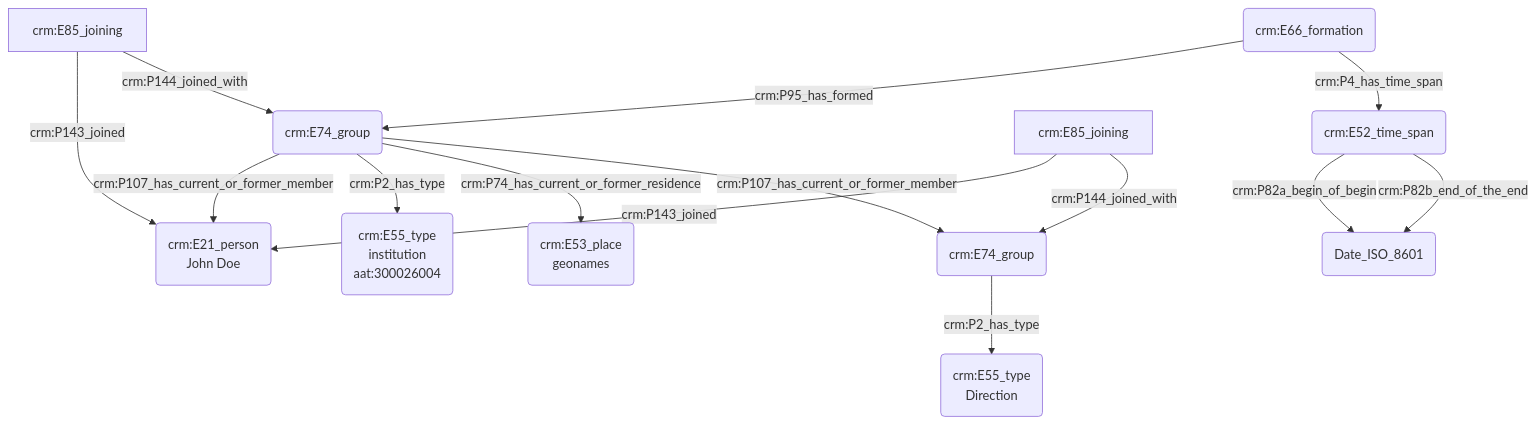
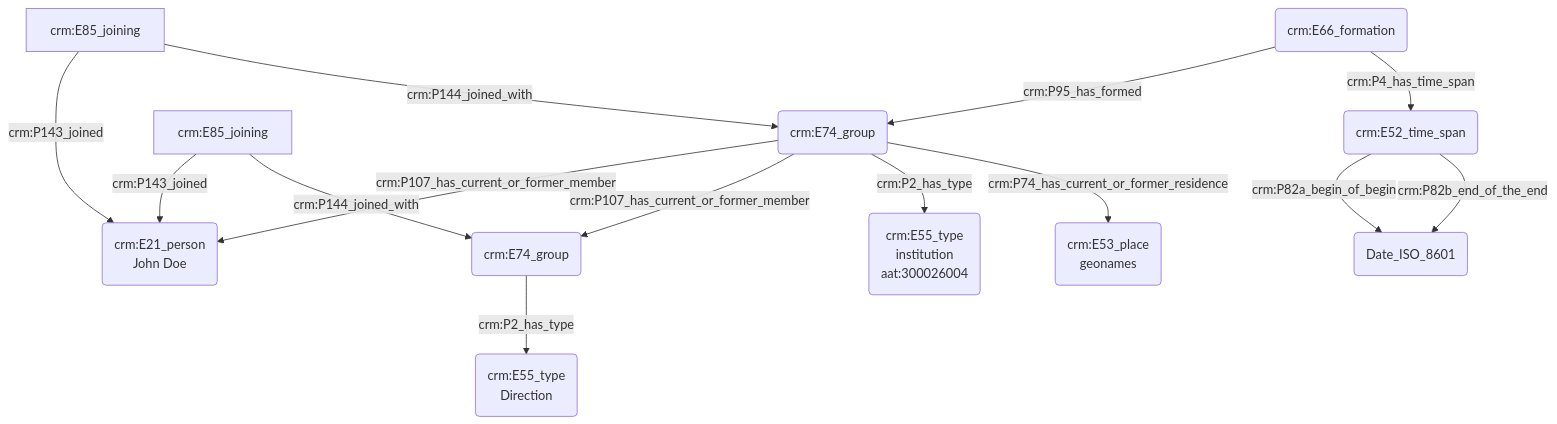
The diagram in modules/livrables/Dossier 2/Prosopographie/statut ou rôle au sein d'une institution.md (Amleth/consortium-musica2-gt2-ontologies), drawn with Mermaid before and after one commit.

Commit message:
Update statut ou rôle au sein d'une institution.md

````diff
--- a/modules/livrables/Dossier 2/Prosopographie/statut ou rôle au sein d'une institution.md
+++ b/modules/livrables/Dossier 2/Prosopographie/statut ou rôle au sein d'une institution.md
@@ -11,20 +11,22 @@
 ```mermaid
 graph TD;
 
 L[crm:E85_joining] -->|crm:P143_joined| K(crm:E21_person<br>John Doe)
 M(crm:E74_group) --> |crm:P107_has_current_or_former_member| K(crm:E21_person<br>John Doe)
 L[crm:E85_joining] --> |crm:P144_joined_with| M(crm:E74_group)
+
+M(crm:E74_group) --> |crm:P107_has_current_or_former_member| S(crm:E74_group)
+S(crm:E74_group) --> |crm:P2_has_type| T(crm:E55_type<br>Direction)
+U[crm:E85_joining] -->|crm:P143_joined| K(crm:E21_person<br>John Doe)
+U[crm:E85_joining] --> |crm:P144_joined_with| S(crm:E74_group)
 
 M(crm:E74_group) -->|crm:P2_has_type| N(crm:E55_type<br>institution<br>aat:300026004)
 M(crm:E74_group) -->|crm:P74_has_current_or_former_residence| O(crm:E53_place<br>geonames)
 P(crm:E66_formation)  -->|crm:P95_has_formed| M(crm:E74_group)
 P(crm:E66_formation) -->|crm:P4_has_time_span| Q(crm:E52_time_span)
 Q(crm:E52_time_span) -->|crm:P82a_begin_of_begin| R(Date_ISO_8601)
 Q(crm:E52_time_span) -->|crm:P82b_end_of_the_end| R(Date_ISO_8601)
 
-M(crm:E74_group) --> |crm:P107_has_current_or_former_member| S(crm:E74_group)
-S(crm:E74_group) --> |crm:P2_has_type| T(crm:E55_type<br>Direction)
-U[crm:E85_joining] -->|crm:P143_joined| K(crm:E21_person<br>John Doe)
-U[crm:E85_joining] --> |crm:P144_joined_with| S(crm:E74_group)
+
 
 ```
````
